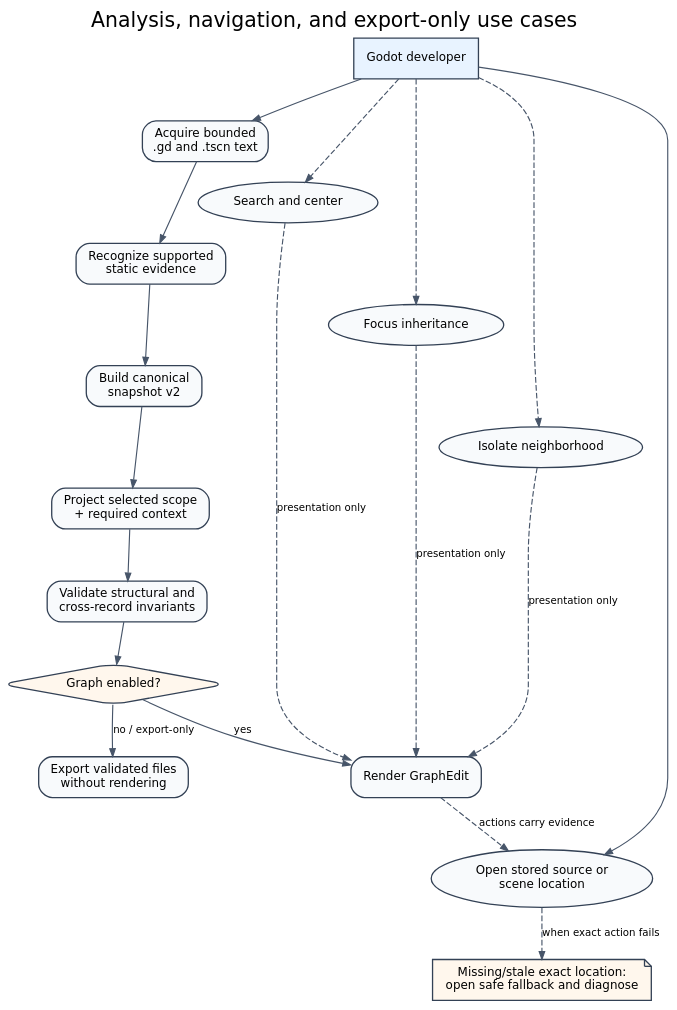
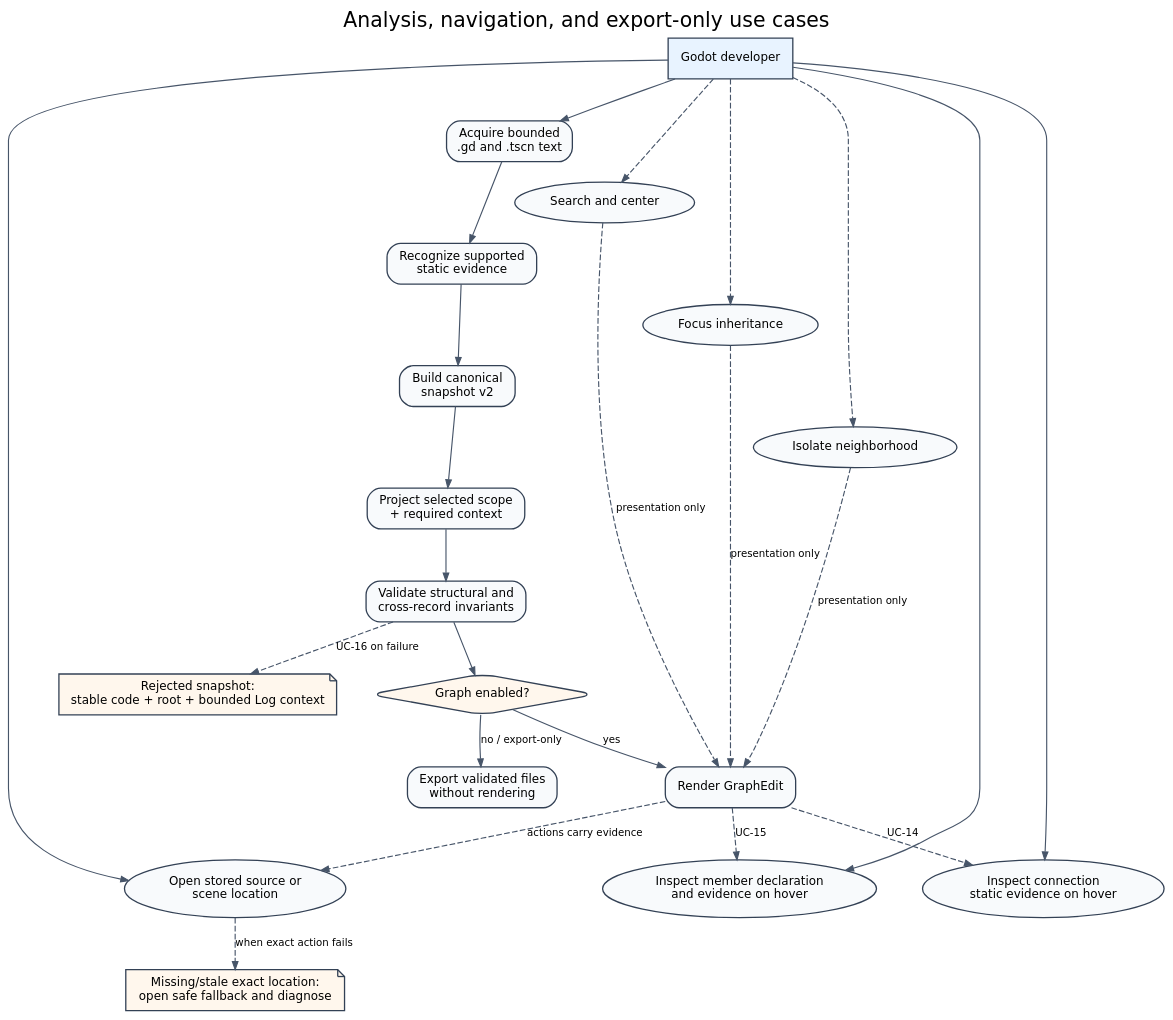
One commit to iAnanich/godot-project-tree changed the diagram in docs/diagrams/use-cases-analysis.dot. Above: the diagram before and after it, drawn with Graphviz. The commit also changed 84 other files, not shown here.

```diff
--- a/docs/diagrams/use-cases-analysis.dot
+++ b/docs/diagrams/use-cases-analysis.dot
@@ -1,30 +1,36 @@
 digraph UseCasesAnalysis {
   graph [rankdir=TB, bgcolor="transparent", pad=0.25, nodesep=0.4, ranksep=0.5, fontname="DejaVu Sans", label="Analysis, navigation, and export-only use cases", labelloc=t, fontsize=18, newrank=true];
   node [fontname="DejaVu Sans", fontsize=10.5, shape=box, style="rounded,filled", fillcolor="#F8FAFC", color="#334155", penwidth=1.15, margin="0.14,0.09"];
   edge [fontname="DejaVu Sans", fontsize=9, color="#475569", arrowsize=0.7];
 
   developer [shape=box, style="filled", label="Godot developer", fillcolor="#E8F3FF"];
   acquire [label="Acquire bounded\n.gd and .tscn text"];
   analyze [label="Recognize supported\nstatic evidence"];
   build [label="Build canonical\nsnapshot v2"];
   scope [label="Project selected scope\n+ required context"];
   validate [label="Validate structural and\ncross-record invariants"];
   visible [shape=diamond, label="Graph enabled?", fillcolor="#FFF7ED"];
   render [label="Render GraphEdit"];
   export [label="Export validated files\nwithout rendering"];
   search [shape=ellipse, label="Search and center"];
   focus [shape=ellipse, label="Focus inheritance"];
   isolate [shape=ellipse, label="Isolate neighborhood"];
   navigate [shape=ellipse, label="Open stored source or\nscene location"];
   fallback [shape=note, label="Missing/stale exact location:\nopen safe fallback and diagnose", fillcolor="#FFF7ED"];
+  connection_hover [shape=ellipse, label="Inspect connection\nstatic evidence on hover"];
+  member_hover [shape=ellipse, label="Inspect member declaration\nand evidence on hover"];
+  rejected [shape=note, label="Rejected snapshot:\nstable code + root + bounded Log context", fillcolor="#FFF7ED"];
 
   developer -> acquire; acquire -> analyze -> build -> scope -> validate -> visible;
   visible -> render [label="yes"];
   visible -> export [label="no / export-only"];
   developer -> search [style=dashed]; developer -> focus [style=dashed]; developer -> isolate [style=dashed];
   search -> render [style=dashed, label="presentation only"];
   focus -> render [style=dashed, label="presentation only"];
   isolate -> render [style=dashed, label="presentation only"];
   developer -> navigate; render -> navigate [style=dashed, label="actions carry evidence"];
+  developer -> connection_hover; render -> connection_hover [style=dashed, label="UC-14"];
+  developer -> member_hover; render -> member_hover [style=dashed, label="UC-15"];
+  validate -> rejected [style=dashed, label="UC-16 on failure"];
   navigate -> fallback [style=dashed, label="when exact action fails"];
 }
```
